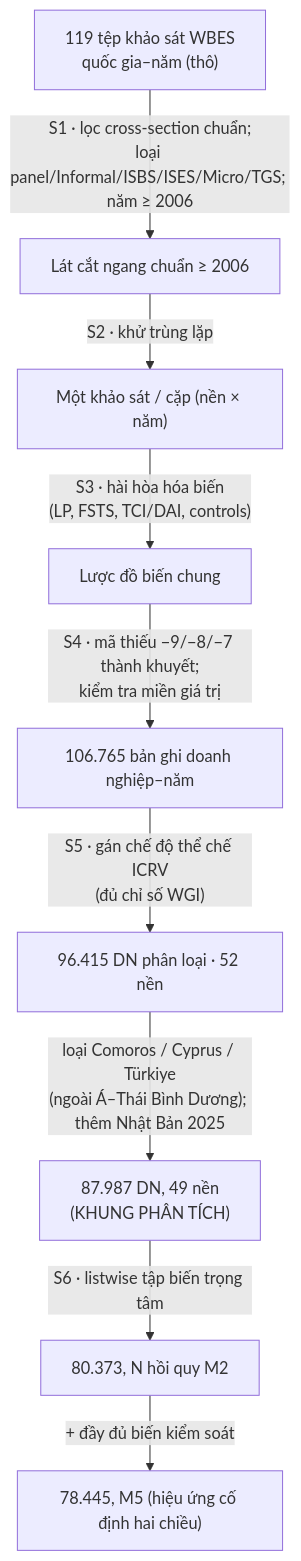
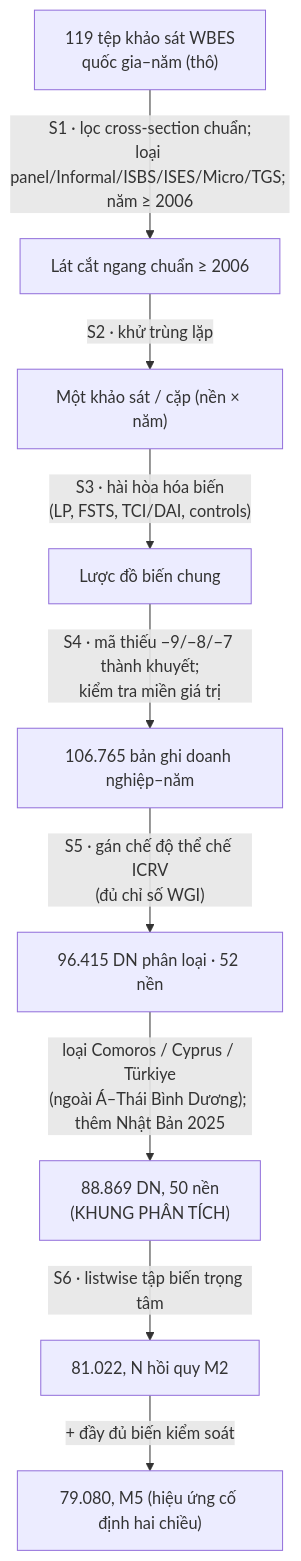
The diagram in thesis/phu_luc_A_hop_nhat_du_lieu_vi.md (thuyhuongctu-cell/my_thesis_phd_candidate_26), drawn with Mermaid before and after one commit. The commit also changed other lines of this file and 38 other files, not shown here.

````diff
--- a/thesis/phu_luc_A_hop_nhat_du_lieu_vi.md
+++ b/thesis/phu_luc_A_hop_nhat_du_lieu_vi.md
@@ -75,11 +75,11 @@
 ```mermaid
 flowchart TD
     A["119 tệp khảo sát WBES<br/>quốc gia–năm (thô)"] -->|"S1 · lọc cross-section chuẩn;<br/>loại panel/Informal/ISBS/ISES/Micro/TGS; năm ≥ 2006"| B["Lát cắt ngang chuẩn ≥ 2006"]
     B -->|"S2 · khử trùng lặp"| C["Một khảo sát / cặp (nền × năm)"]
     C -->|"S3 · hài hòa hóa biến<br/>(LP, FSTS, TCI/DAI, controls)"| D["Lược đồ biến chung"]
     D -->|"S4 · mã thiếu −9/−8/−7 thành khuyết;<br/>kiểm tra miền giá trị"| E["106.765 bản ghi doanh nghiệp–năm"]
     E -->|"S5 · gán chế độ thể chế ICRV<br/>(đủ chỉ số WGI)"| F["96.415 DN phân loại · 52 nền"]
-    F -->|"loại Comoros / Cyprus / Türkiye<br/>(ngoài Á–Thái Bình Dương); thêm Nhật Bản 2025"| G["87.987 DN, 49 nền<br/>(KHUNG PHÂN TÍCH)"]
-    G -->|"S6 · listwise tập biến trọng tâm"| H["80.373, N hồi quy M2"]
-    H -->|"+ đầy đủ biến kiểm soát"| I["78.445, M5 (hiệu ứng cố định hai chiều)"]
+    F -->|"loại Comoros / Cyprus / Türkiye<br/>(ngoài Á–Thái Bình Dương); thêm Nhật Bản 2025"| G["88.869 DN, 50 nền<br/>(KHUNG PHÂN TÍCH)"]
+    G -->|"S6 · listwise tập biến trọng tâm"| H["81.022, N hồi quy M2"]
+    H -->|"+ đầy đủ biến kiểm soát"| I["79.080, M5 (hiệu ứng cố định hai chiều)"]
 ```
````
